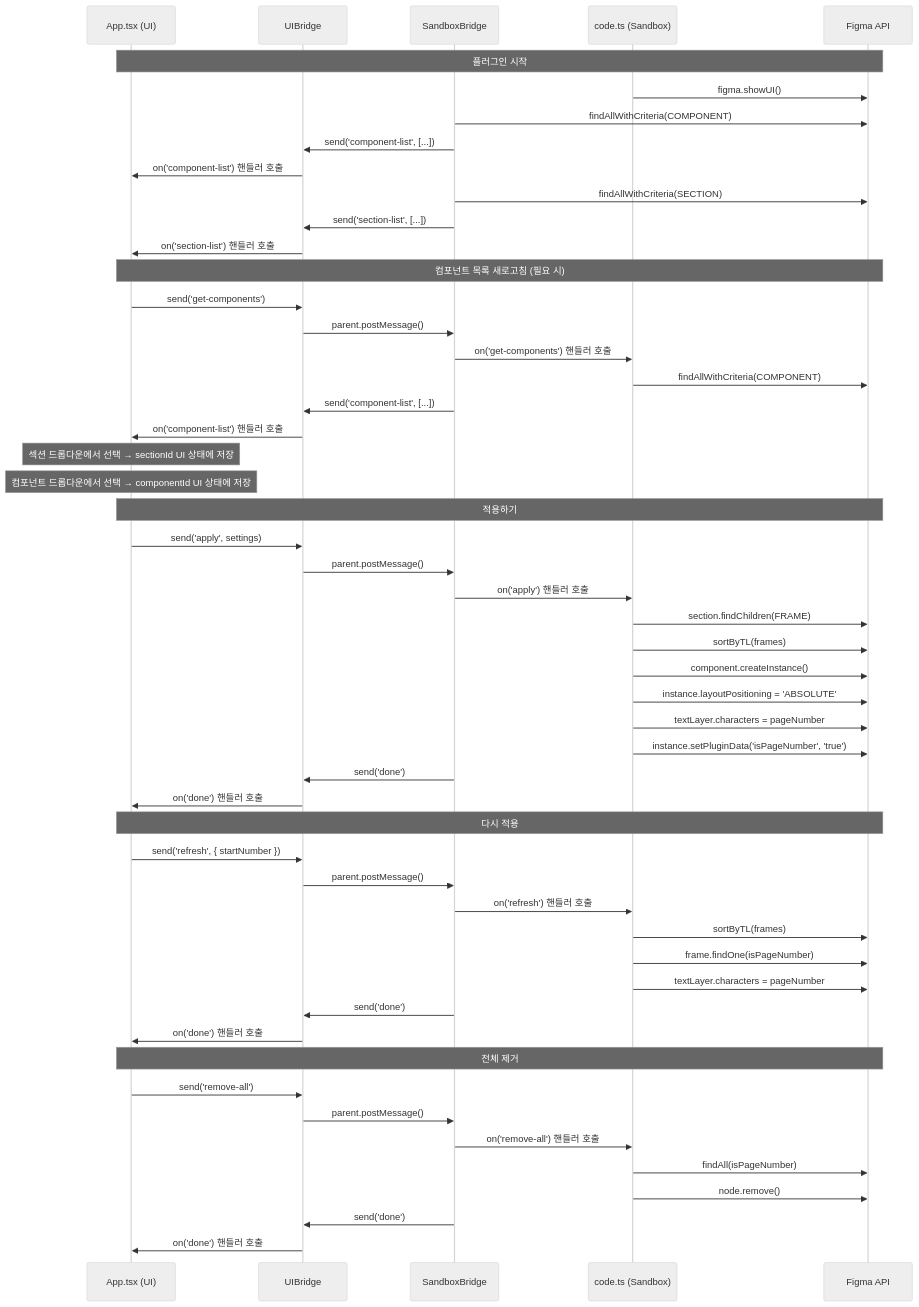
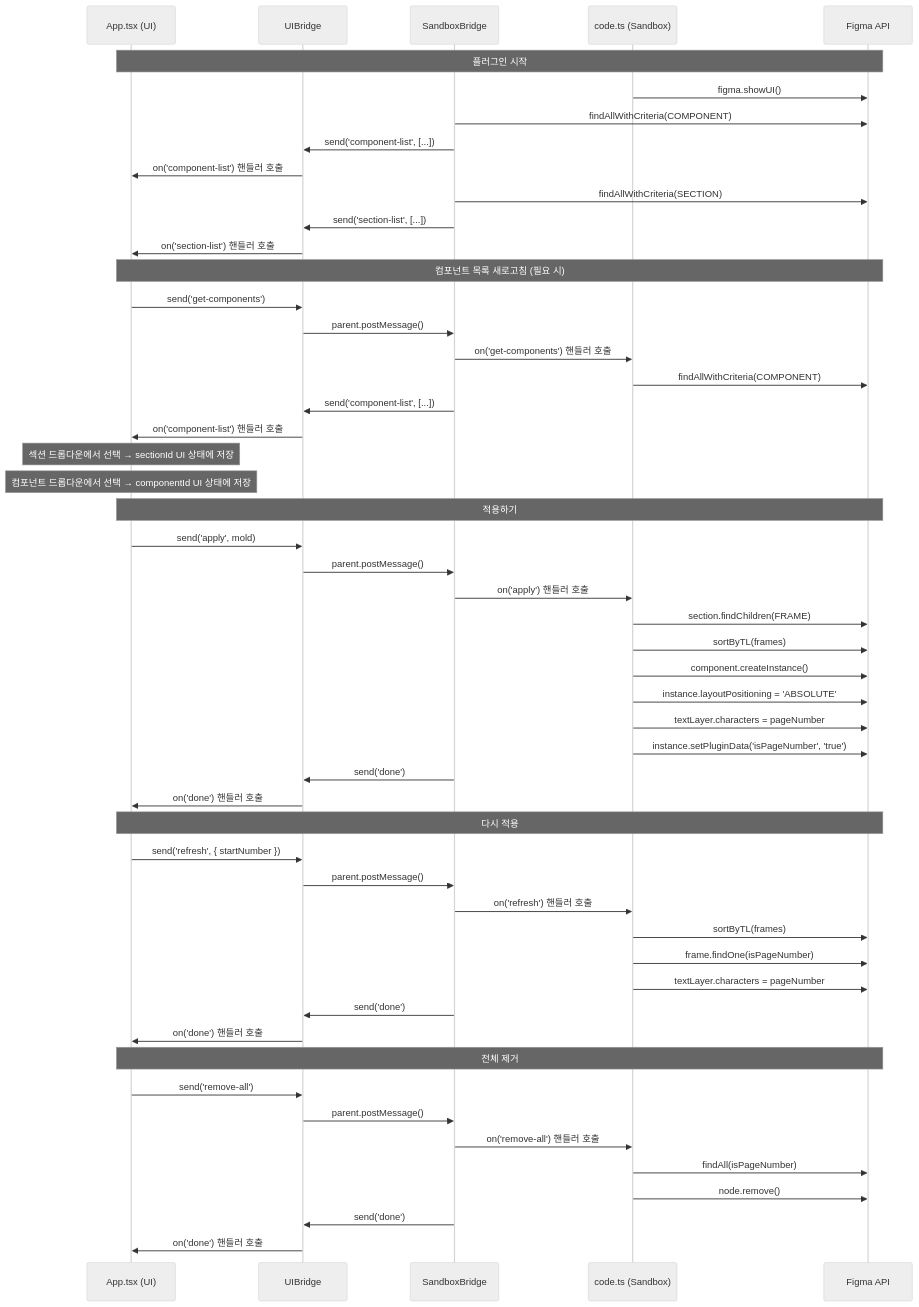
The second of 5 diagrams in docs/architecture.md (c-jeongyyun/page-stamp), drawn with Mermaid (neutral theme) before and after one commit. The commit also changed other lines of this file and 8 other files, not shown here.

````diff
--- a/docs/architecture.md
+++ b/docs/architecture.md
@@ -62,60 +62,60 @@
 ```mermaid
 sequenceDiagram
     participant U as App.tsx (UI)
     participant UB as UIBridge
     participant SB as SandboxBridge
     participant C as code.ts (Sandbox)
     participant F as Figma API
 
     Note over U,F: 플러그인 시작
     C->>F: figma.showUI()
     SB->>F: findAllWithCriteria(COMPONENT)
     SB->>UB: send('component-list', [...])
     UB->>U: on('component-list') 핸들러 호출
     SB->>F: findAllWithCriteria(SECTION)
     SB->>UB: send('section-list', [...])
     UB->>U: on('section-list') 핸들러 호출
 
     Note over U,F: 컴포넌트 목록 새로고침 (필요 시)
     U->>UB: send('get-components')
     UB->>SB: parent.postMessage()
     SB->>C: on('get-components') 핸들러 호출
     C->>F: findAllWithCriteria(COMPONENT)
     SB->>UB: send('component-list', [...])
     UB->>U: on('component-list') 핸들러 호출
 
     Note over U: 섹션 드롭다운에서 선택 → sectionId UI 상태에 저장
     Note over U: 컴포넌트 드롭다운에서 선택 → componentId UI 상태에 저장
 
     Note over U,F: 적용하기
-    U->>UB: send('apply', settings)
+    U->>UB: send('apply', mold)
     UB->>SB: parent.postMessage()
     SB->>C: on('apply') 핸들러 호출
     C->>F: section.findChildren(FRAME)
     C->>F: sortByTL(frames)
     C->>F: component.createInstance()
     C->>F: instance.layoutPositioning = 'ABSOLUTE'
     C->>F: textLayer.characters = pageNumber
     C->>F: instance.setPluginData('isPageNumber', 'true')
     SB->>UB: send('done')
     UB->>U: on('done') 핸들러 호출
 
     Note over U,F: 다시 적용
     U->>UB: send('refresh', { startNumber })
     UB->>SB: parent.postMessage()
     SB->>C: on('refresh') 핸들러 호출
     C->>F: sortByTL(frames)
     C->>F: frame.findOne(isPageNumber)
     C->>F: textLayer.characters = pageNumber
     SB->>UB: send('done')
     UB->>U: on('done') 핸들러 호출
 
     Note over U,F: 전체 제거
     U->>UB: send('remove-all')
     UB->>SB: parent.postMessage()
     SB->>C: on('remove-all') 핸들러 호출
     C->>F: findAll(isPageNumber)
     C->>F: node.remove()
     SB->>UB: send('done')
     UB->>U: on('done') 핸들러 호출
 ```
````
